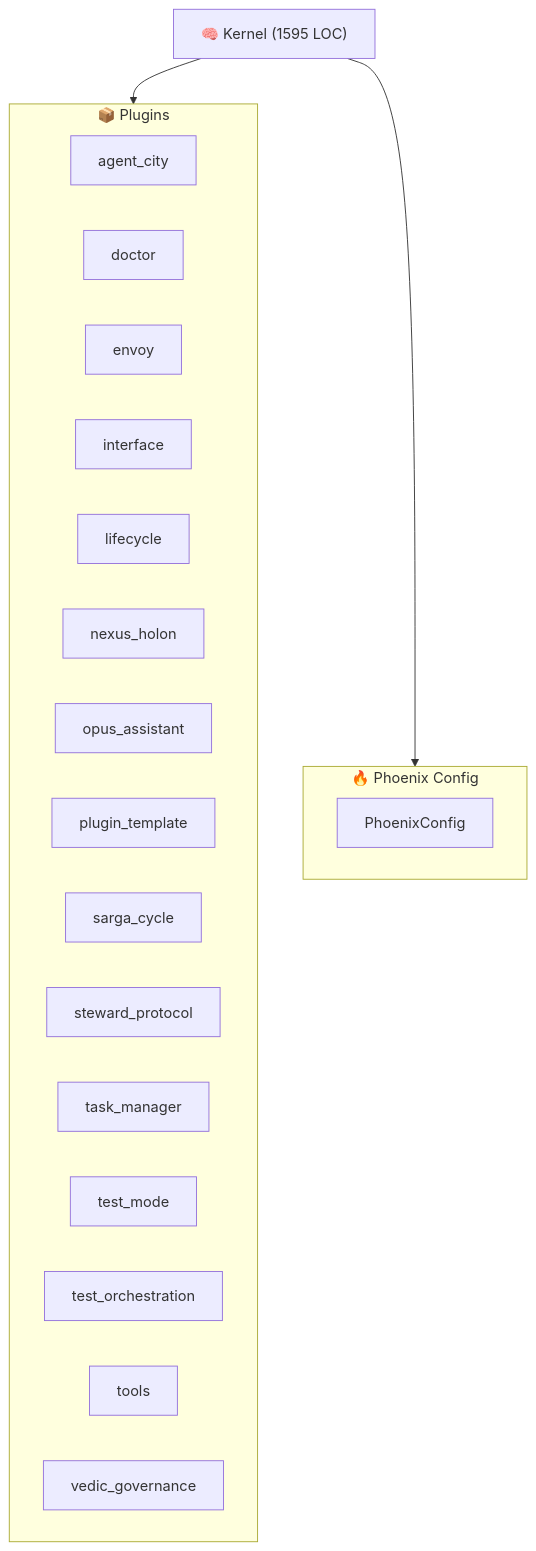
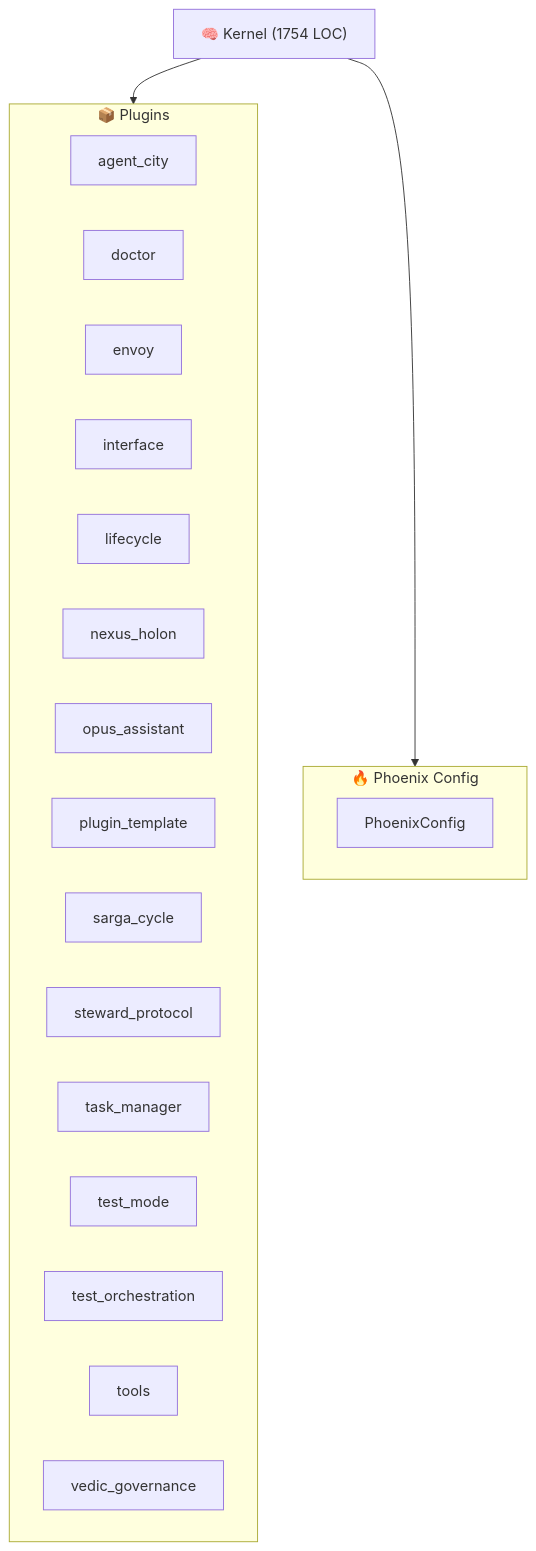
One commit to kimeisele/steward-protocol changed the diagram in ARCHITECTURE.md. Above: the diagram before and after it, drawn with Mermaid. The commit also changed other lines of this file and 17 other files, not shown here.

````diff
--- a/ARCHITECTURE.md
+++ b/ARCHITECTURE.md
@@ -8,26 +8,26 @@
 ```mermaid
 graph TB
-    K["🧠 Kernel (1595 LOC)"]
+    K["🧠 Kernel (1754 LOC)"]
     subgraph Plugins["📦 Plugins"]
         P_agent_city["agent_city"]
         P_doctor["doctor"]
         P_envoy["envoy"]
         P_interface["interface"]
         P_lifecycle["lifecycle"]
         P_nexus_holon["nexus_holon"]
         P_opus_assistant["opus_assistant"]
         P_plugin_template["plugin_template"]
         P_sarga_cycle["sarga_cycle"]
         P_steward_protocol["steward_protocol"]
         P_task_manager["task_manager"]
         P_test_mode["test_mode"]
         P_test_orchestration["test_orchestration"]
         P_tools["tools"]
         P_vedic_governance["vedic_governance"]
     end
     K --> Plugins
     subgraph Config["🔥 Phoenix Config"]
         PC[PhoenixConfig]
     end
     K --> Config
 ```
````
